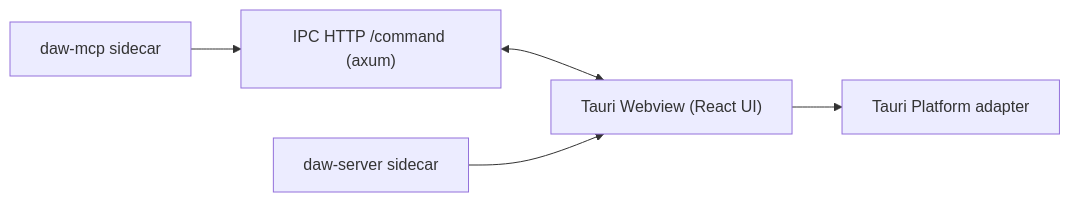
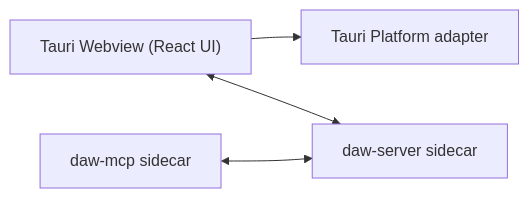
The first of 3 diagrams in packages/desktop/ARCHITECTURE.md (wking-io/daw), drawn with Mermaid before and after one commit. The commit also changed other lines of this file and 7 other files, not shown here.

````diff
--- a/packages/desktop/ARCHITECTURE.md
+++ b/packages/desktop/ARCHITECTURE.md
@@ -7,13 +7,11 @@
 ```mermaid
 flowchart LR
   Webview["Tauri Webview (React UI)"]
   Platform["Tauri Platform adapter"]
-  IPC["IPC HTTP /command (axum)"]
   McpSidecar["daw-mcp sidecar"]
   StateSidecar["daw-server sidecar"]
 
   Webview --> Platform
-  IPC <--> Webview
-  McpSidecar --> IPC
-  StateSidecar --> Webview
+  Webview <--> StateSidecar
+  McpSidecar <--> StateSidecar
 ```
````
